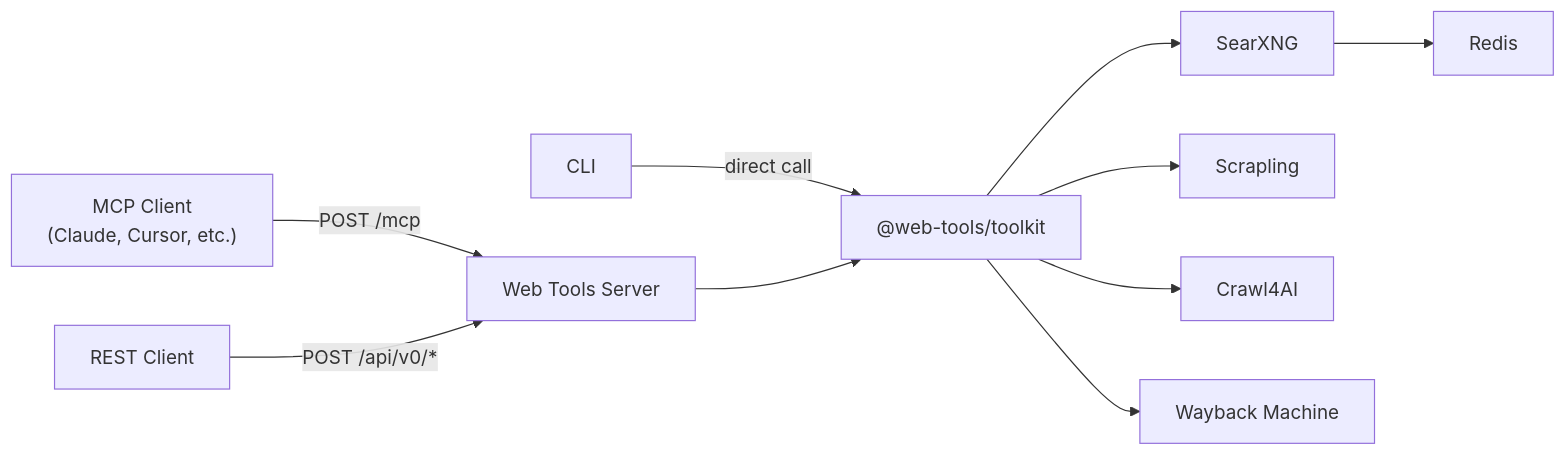
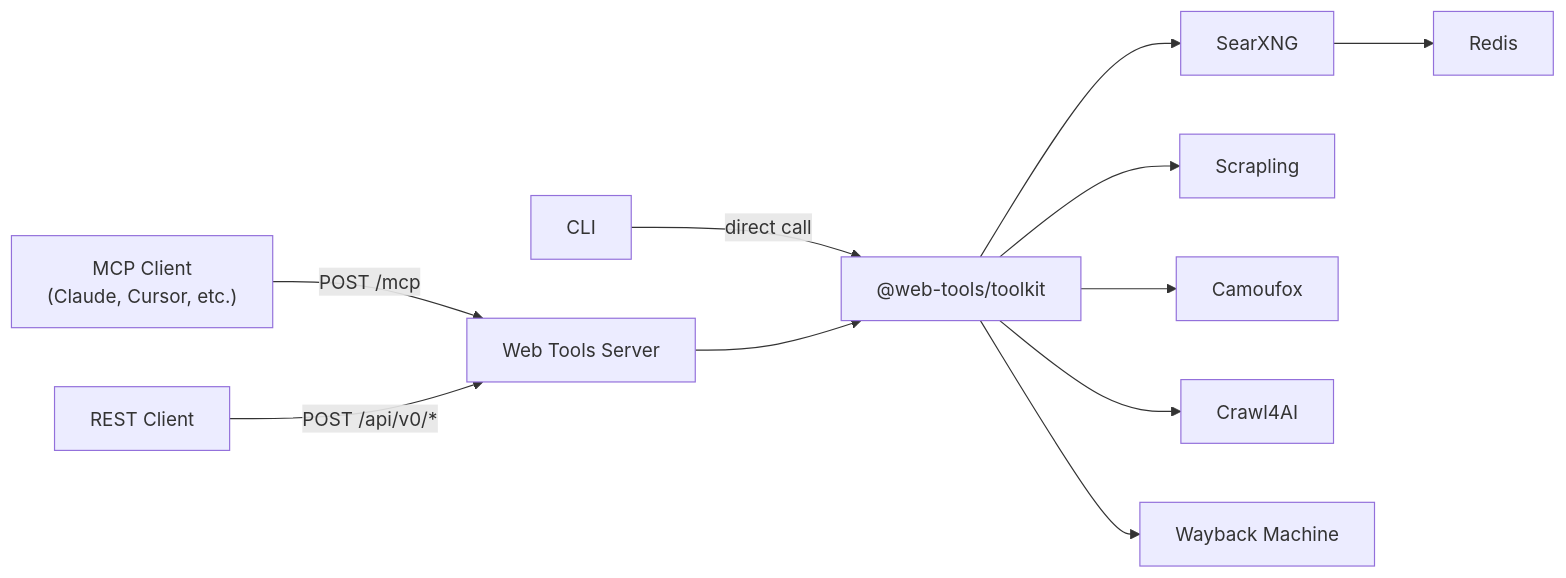
One commit to arnaudjnn/web-search-mcp changed the diagram in README.md. Above: the diagram before and after it, drawn with Mermaid. The commit also changed other lines of this file, not shown here.

````diff
--- a/README.md
+++ b/README.md
@@ -7,12 +7,13 @@
 ```mermaid
 graph LR
     MCP["MCP Client<br/>(Claude, Cursor, etc.)"] -->|POST /mcp| Server["Web Tools Server"]
     API["REST Client"] -->|POST /api/v0/*| Server
     CLI["CLI"] -->|direct call| Toolkit["@web-tools/toolkit"]
     Server --> Toolkit
     Toolkit --> SearXNG
     SearXNG --> Redis
     Toolkit --> Scrapling
+    Toolkit --> Camoufox
     Toolkit --> Crawl4AI
     Toolkit --> Wayback["Wayback Machine"]
 ```
````
